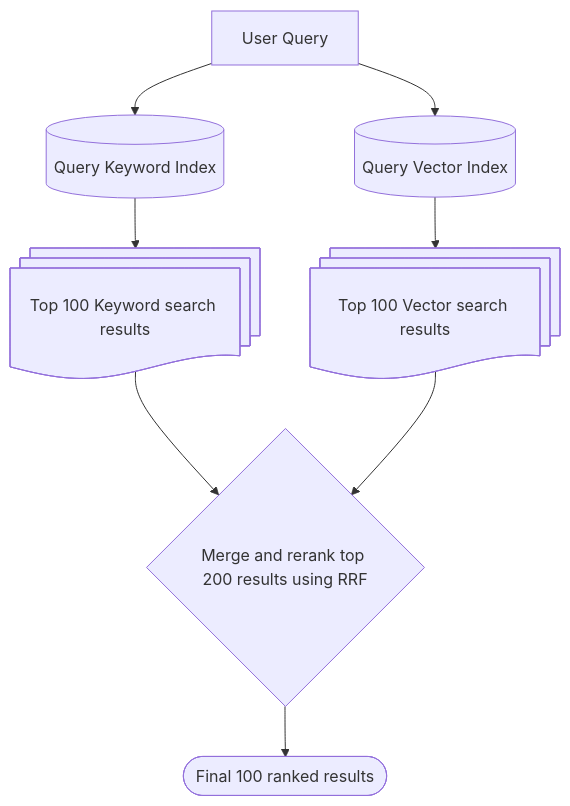
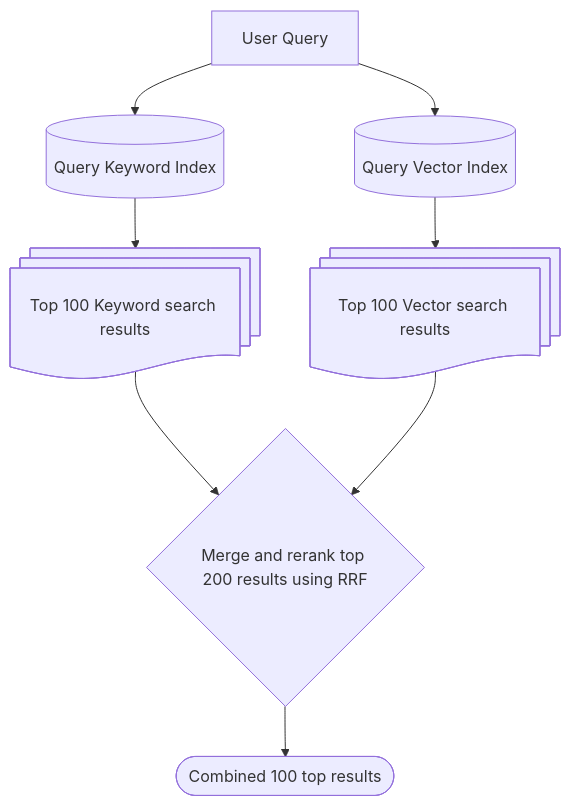
The first of 2 diagrams in docs/concepts/true-hybrid-search.mdx (topk-io/topk), drawn with Mermaid before and after one commit. The commit also changed other lines of this file and 11 other files, not shown here.

````diff
--- a/docs/concepts/true-hybrid-search.mdx
+++ b/docs/concepts/true-hybrid-search.mdx
@@ -18,13 +18,13 @@
 ```mermaid
 flowchart TD
     A[User Query] --> B[(Query Keyword Index)]
     A --> C[(Query Vector Index)]
 
   B --> D@{ shape: docs, label: "Top 100 Keyword search results" }
   C --> E@{ shape: docs, label: "Top 100 Vector search results" }
 
   D --> F{Merge and rerank top 200 results using RRF}
   E --> F
 
-  F --> G@{ shape: stadium, label: "Final 100 ranked results" }
+  F --> G@{ shape: stadium, label: "Combined 100 top results" }
 ```
````
